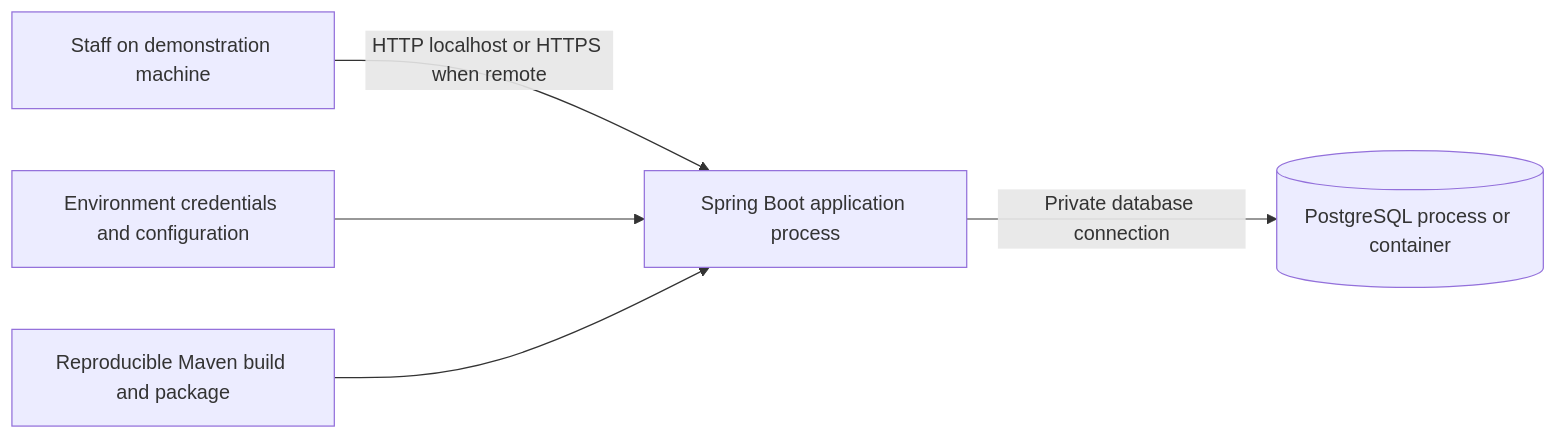
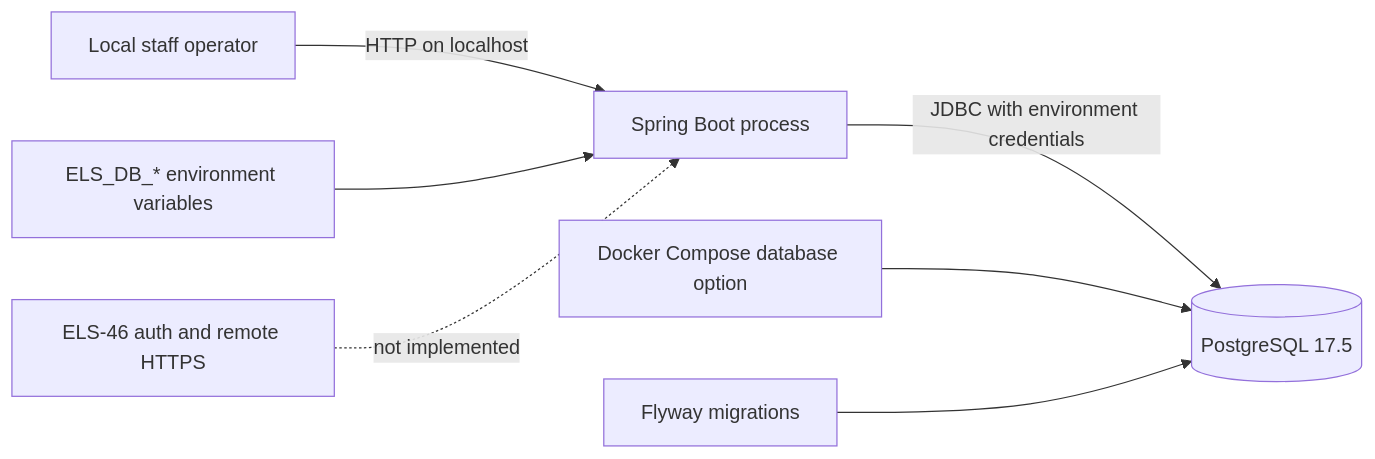
The sixth of 6 diagrams in docs/design/architecture.md (komayl-dbouk/Equipment-Lending-System), drawn with Mermaid before and after one commit. The commit also changed other lines of this file and 7 other files, not shown here.

Commit message:
ELS-37 docs: align API contract diagrams and traceability

````diff
--- a/docs/design/architecture.md
+++ b/docs/design/architecture.md
@@ -125,7 +232,9 @@
 ```mermaid
 flowchart LR
-  Staff[Staff on demonstration machine] -->|HTTP localhost or HTTPS when remote| App[Spring Boot application process]
-  App -->|Private database connection| DB[(PostgreSQL process or container)]
-  Env[Environment credentials and configuration] --> App
-  Build[Reproducible Maven build and package] --> App
+  Staff[Local staff operator] -->|HTTP on localhost| App[Spring Boot process]
+  App -->|JDBC with environment credentials| DB[(PostgreSQL 17.5)]
+  Compose[Docker Compose database option] --> DB
+  Flyway[Flyway migrations] --> DB
+  Env[ELS_DB_* environment variables] --> App
+  Security[ELS-46 auth and remote HTTPS] -. not implemented .-> App
 ```
````
